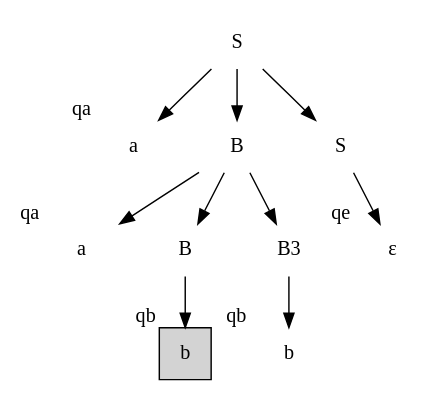
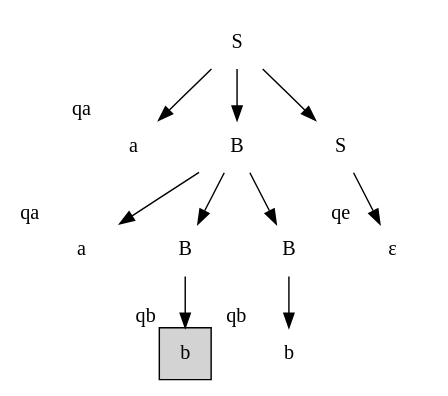
The fifth of 9 diagrams in Теория/Конспект - Деревья вывода в КС-грамматиках и деревья вывода(I).md (HumsterProgrammer/iu9-tfl-practice), drawn with Graphviz before and after one commit. The commit also changed other lines of this file and 2 other files, not shown here.

````diff
--- a/Теория/Конспект - Деревья вывода в КС-грамматиках и деревья вывода(I).md
+++ b/Теория/Конспект - Деревья вывода в КС-грамматиках и деревья вывода(I).md
@@ -143,23 +144,23 @@
 ```dot
 digraph{
 	node[shape=none]
 	S,S1[label=S]
-	B1,B2[label=B]
+	B1,B2,B3[label=B]
 	a1,a2[label=a]
 	b3,b4[label=b]
 	eps1[label="ε"]
 
 	a1,a2[xlabel=qa]
 	b3,b4[xlabel=qb]
 	eps1[xlabel=qe]
 	b3[shape=square, style=filled]
 
 	S -> a1, B1, S1
 	{rank=same; a1 -> B1 -> S1[style=invis]}
 	S1 -> eps1
 	B1 -> a2, B2, B3
 	{rank=same; a2 -> B2 -> B3[style=invis]}
 	B2 -> b3
 	B3 -> b4
 }
 ```
````
